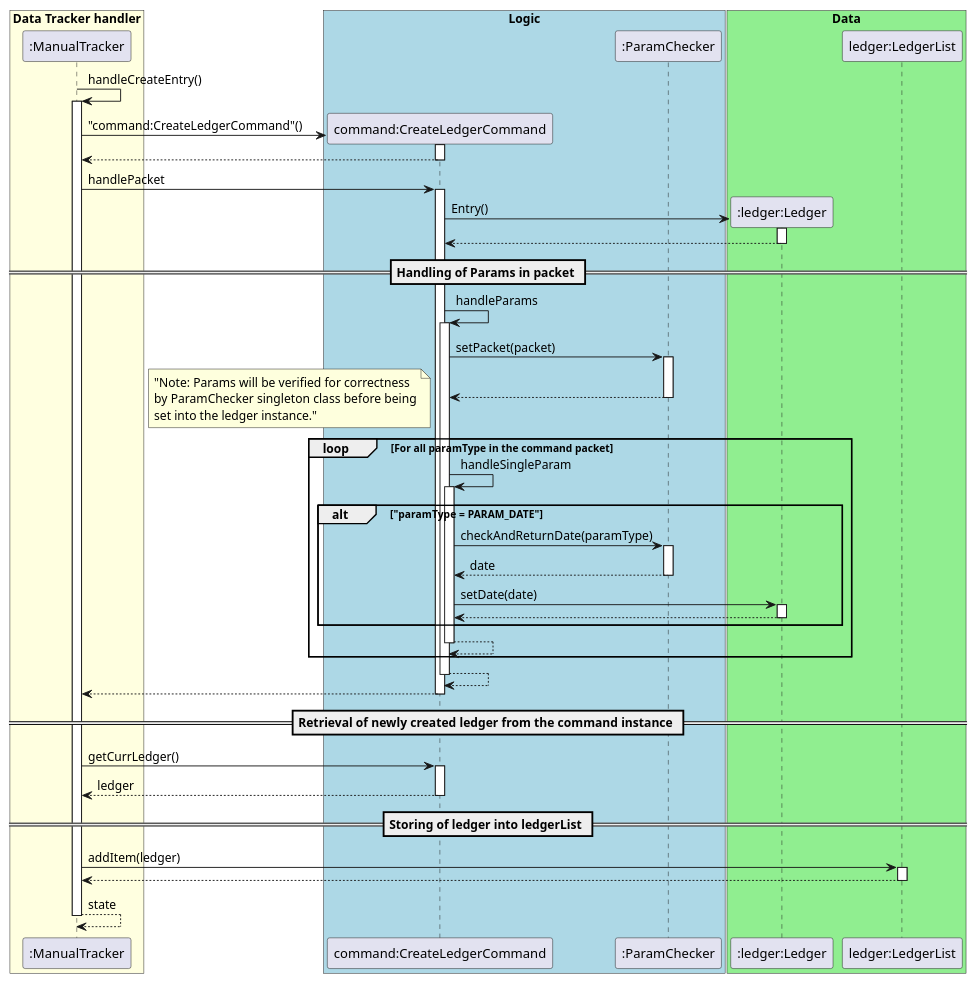
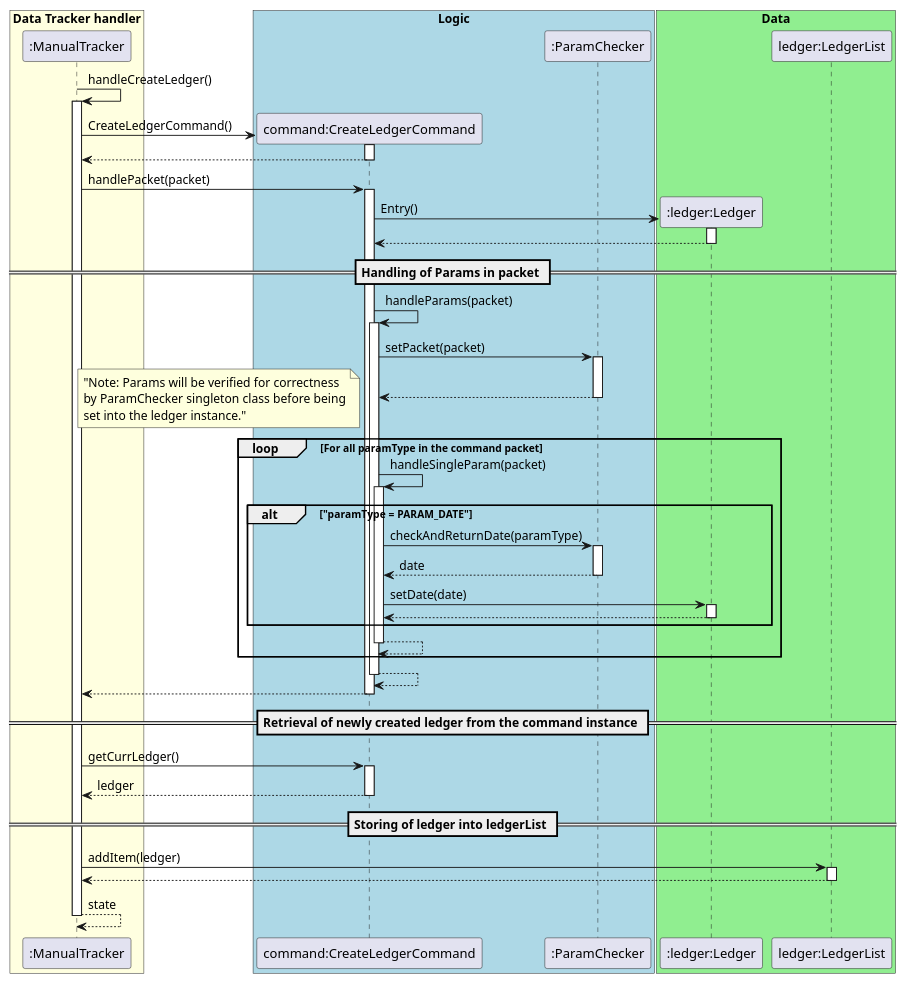
The diagram in docs/uml_images/manualTracker/manualTrackerCreateLedgerSeqDiagram.puml (nus-cs2113-AY2021S1/tp), drawn with PlantUML before and after one commit. The commit also changed 19 other files, not shown here.

Commit message:
Updated developer guide: Param handling and create ledger

```diff
--- a/docs/uml_images/manualTracker/manualTrackerCreateLedgerSeqDiagram.puml
+++ b/docs/uml_images/manualTracker/manualTrackerCreateLedgerSeqDiagram.puml
@@ -1,52 +1,52 @@
 @startuml
 autoactivate on
 
-":ManualTracker" ->":ManualTracker": handleCreateEntry()
+":ManualTracker" ->":ManualTracker": handleCreateLedger()
     create "command:CreateLedgerCommand"
-   ":ManualTracker"-> "command:CreateLedgerCommand" : "command:CreateLedgerCommand"()
+   ":ManualTracker"-> "command:CreateLedgerCommand" : CreateLedgerCommand()
     return
 
-   ":ManualTracker"-> "command:CreateLedgerCommand" : handlePacket
+   ":ManualTracker"-> "command:CreateLedgerCommand" : handlePacket(packet)
 
         create ":ledger:Ledger"
         "command:CreateLedgerCommand" -> ":ledger:Ledger" : Entry()
         return
         == Handling of Params in packet ==
-        "command:CreateLedgerCommand" -> "command:CreateLedgerCommand" : handleParams
+        "command:CreateLedgerCommand" -> "command:CreateLedgerCommand" : handleParams(packet)
             "command:CreateLedgerCommand" -> ":ParamChecker" : setPacket(packet)
             return
             loop For all paramType in the command packet
                 note left: "Note: Params will be verified for correctness\nby ParamChecker singleton class before being\nset into the ledger instance."
-                "command:CreateLedgerCommand" -> "command:CreateLedgerCommand" : handleSingleParam
+                "command:CreateLedgerCommand" -> "command:CreateLedgerCommand" : handleSingleParam(packet)
                     alt "paramType = PARAM_DATE"
                         "command:CreateLedgerCommand" ->":ParamChecker": checkAndReturnDate(paramType)
                         return date
                         "command:CreateLedgerCommand" -> ":ledger:Ledger" : setDate(date)
                         return
                     end
                 return
             end
         return
    return
    == Retrieval of newly created ledger from the command instance ==
    ":ManualTracker"-> "command:CreateLedgerCommand" : getCurrLedger()
    return ledger
    == Storing of ledger into ledgerList ==
    ":ManualTracker"-> "ledger:LedgerList" : addItem(ledger)
     return
 return state
 
 box "Data Tracker handler" #LightYellow
 participant ":ManualTracker"
 endBox
 
 box "Logic" #LightBlue
 participant "command:CreateLedgerCommand"
 participant ":ParamChecker"
 endBox
 
 box "Data" #LightGreen
 participant ":ledger:Ledger"
 participant "ledger:LedgerList"
 endBox
 @enduml
```
